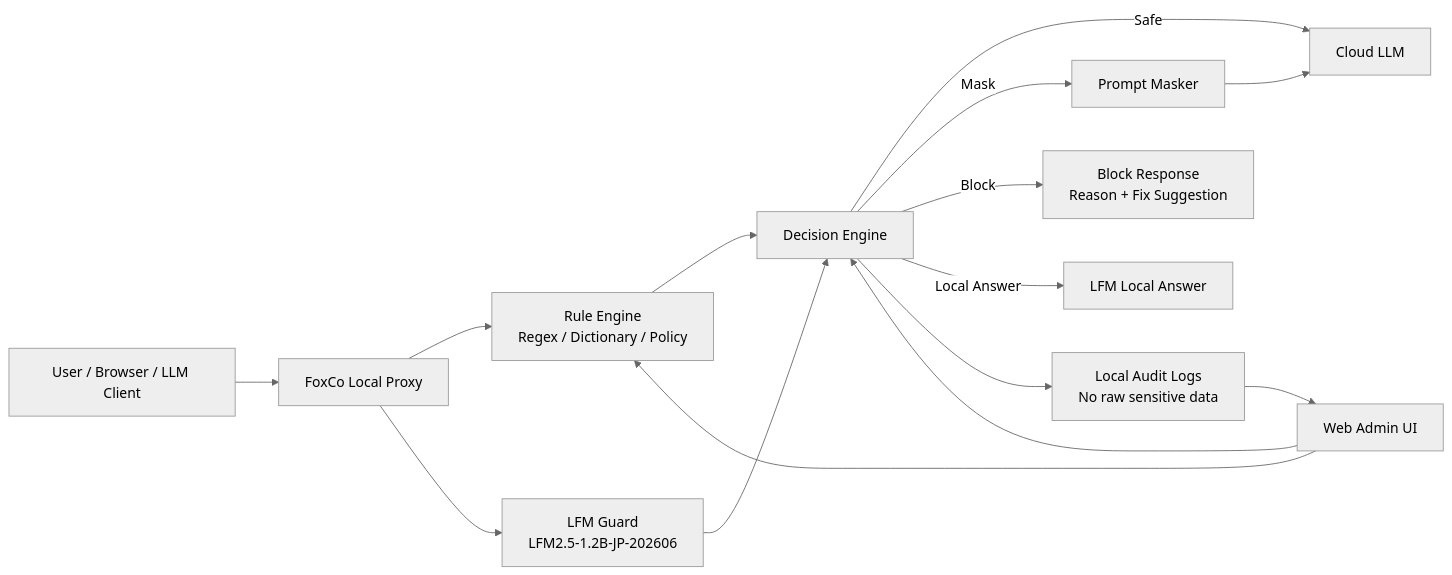
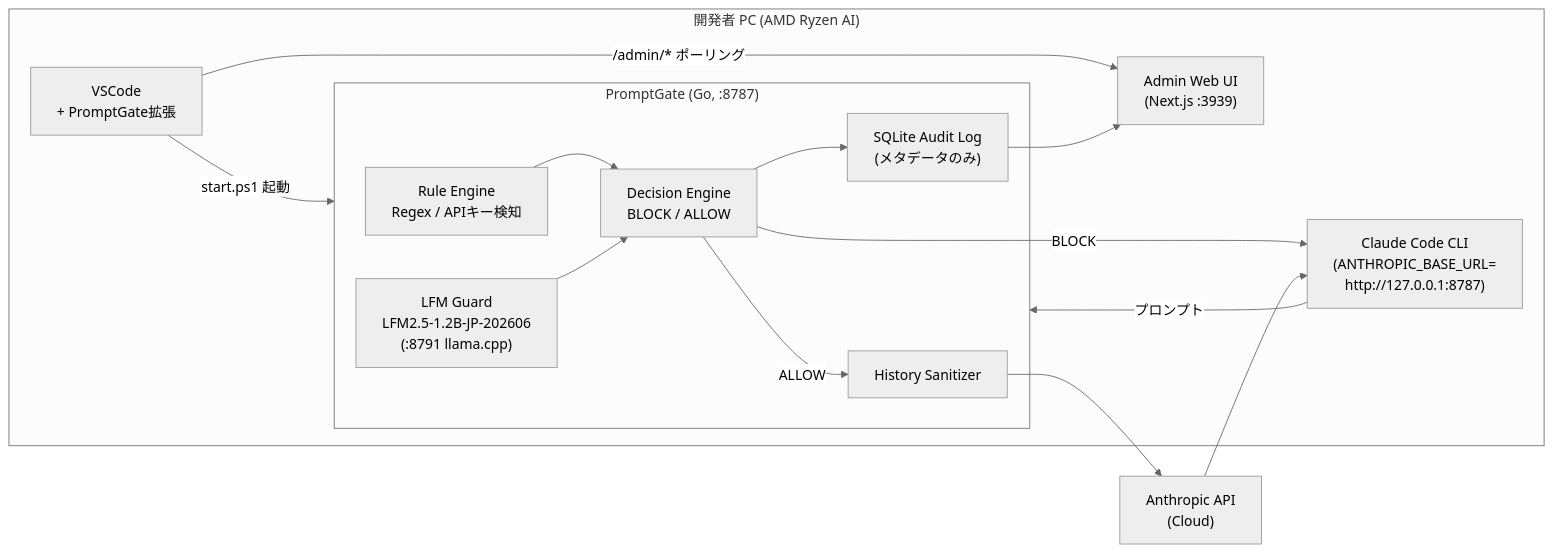
One commit to gen16k/foxco changed the diagram in README.md. Above: the diagram before and after it, drawn with Mermaid (neutral theme). The commit also changed other lines of this file and 7 other files, not shown here.

````diff
--- a/README.md
+++ b/README.md
@@ -117,16 +117,27 @@
 ```mermaid
 flowchart LR
-    U["User / Browser / LLM Client"] --> P["FoxCo Local Proxy"]
-    P --> R["Rule Engine\nRegex / Dictionary / Policy"]
-    P --> L["LFM Guard\nLFM2.5-1.2B-JP-202606"]
-    R --> D["Decision Engine"]
+    subgraph PC["開発者 PC (AMD Ryzen AI)"]
+        VS["VSCode\n+ PromptGate拡張"]
+        CC["Claude Code CLI\n(ANTHROPIC_BASE_URL=\nhttp://127.0.0.1:8787)"]
+        subgraph PG["PromptGate (Go, :8787)"]
+            R["Rule Engine\nRegex / APIキー検知"]
+            L["LFM Guard\nLFM2.5-1.2B-JP-202606\n(:8791 llama.cpp)"]
+            D["Decision Engine\nBLOCK / ALLOW"]
+            San["History Sanitizer"]
+            DB["SQLite Audit Log\n(メタデータのみ)"]
+        end
+        Admin["Admin Web UI\n(Next.js :3939)"]
+    end
+    Cloud["Anthropic API\n(Cloud)"]
+
+    VS -->|start.ps1 起動| PG
+    VS -->|/admin/* ポーリング| Admin
+    CC -->|プロンプト| PG
+    R --> D
     L --> D
-    D -->|Safe| C["Cloud LLM"]
-    D -->|Mask| M["Prompt Masker"] --> C
-    D -->|Block| B["Block Response\nReason + Fix Suggestion"]
-    D -->|Local Answer| A["LFM Local Answer"]
-    Admin["Web Admin UI"] --> R
-    Admin --> D
-    Logs["Local Audit Logs\nNo raw sensitive data"] --> Admin
-    D --> Logs
+    D -->|BLOCK| CC
+    D -->|ALLOW| San --> Cloud
+    D --> DB
+    DB --> Admin
+    Cloud --> CC
 ```
````
